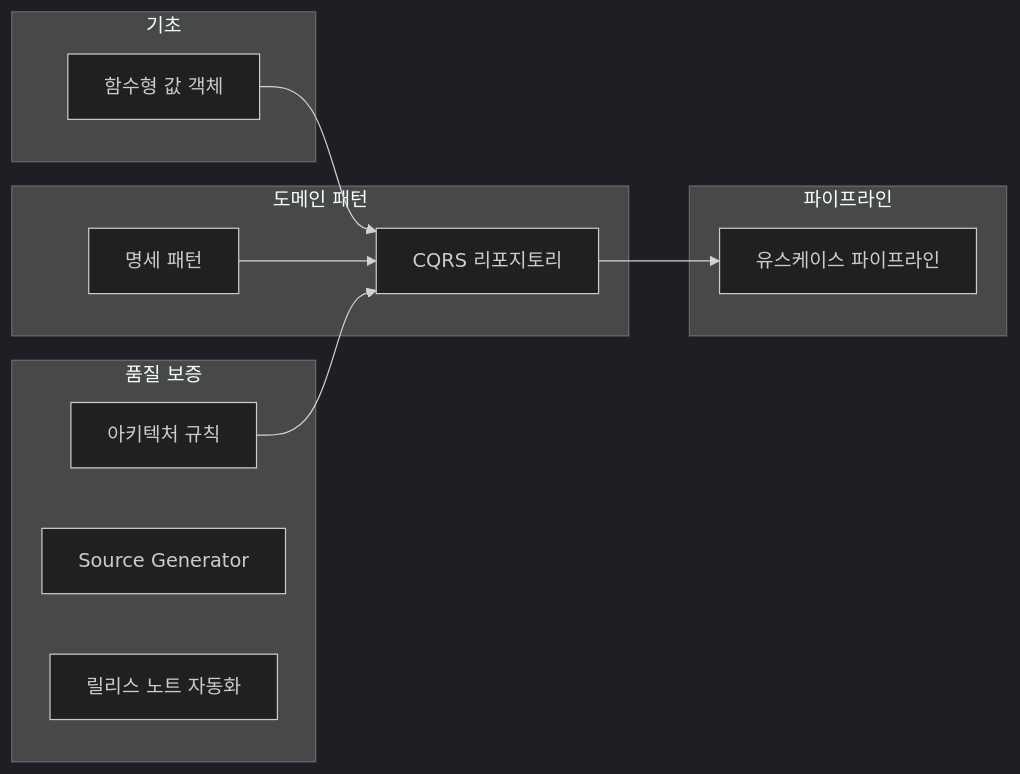
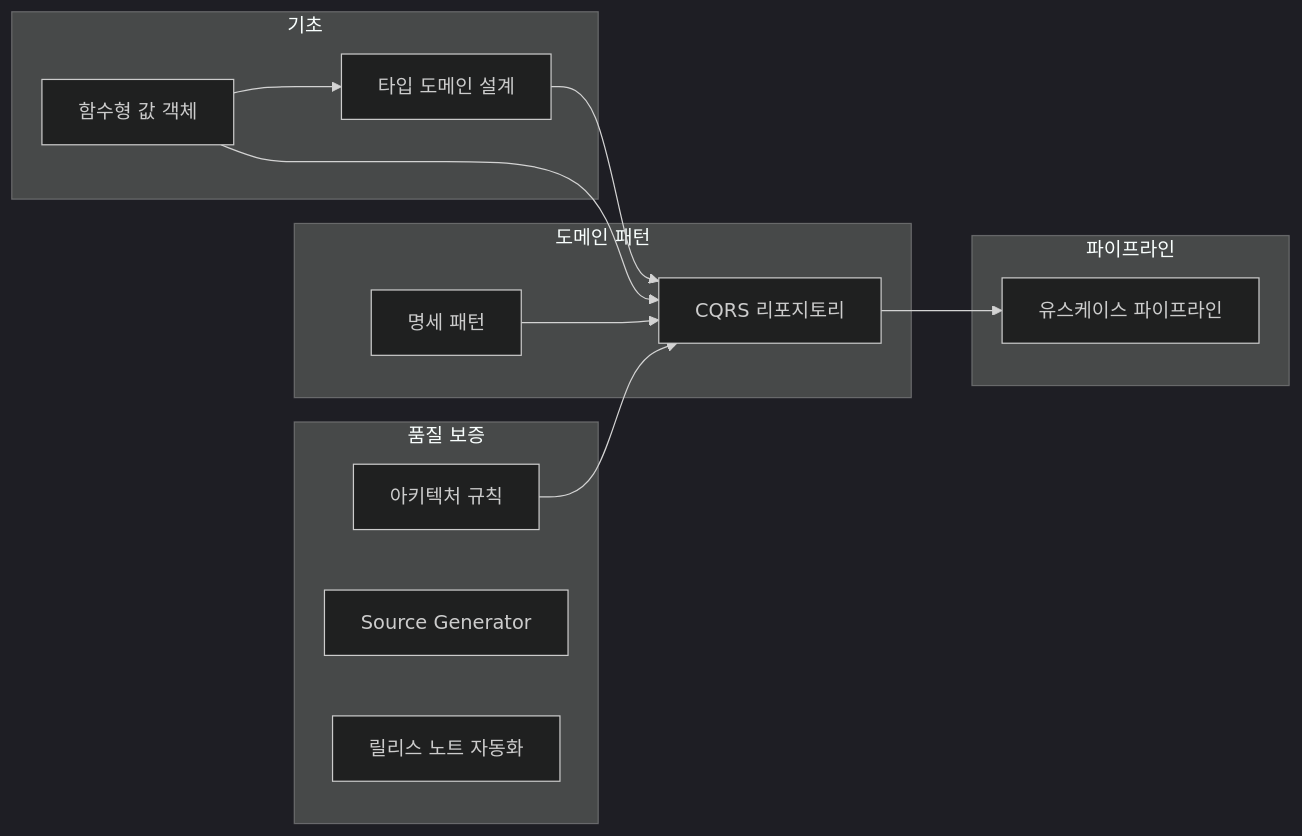
The diagram in Docs.Site/src/content/docs/tutorials/index.md (hhko/Functorium), drawn with Mermaid (dark theme) before and after one commit. The commit also changed other lines of this file and 135 other files, not shown here.

````diff
--- a/Docs.Site/src/content/docs/tutorials/index.md
+++ b/Docs.Site/src/content/docs/tutorials/index.md
@@ -53,26 +56,29 @@
 ```mermaid
 graph LR
     subgraph 기초
         A[함수형 값 객체]
+        A2[타입 도메인 설계]
     end
 
     subgraph 도메인 패턴
         B[명세 패턴]
         C[CQRS 리포지토리]
     end
 
     subgraph 파이프라인
         D[유스케이스 파이프라인]
     end
 
     subgraph 품질 보증
         E[아키텍처 규칙]
         F[Source Generator]
         G[릴리스 노트 자동화]
     end
 
+    A --> A2
+    A2 --> C
     A --> C
     B --> C
     C --> D
     E --> C
 ```
````
